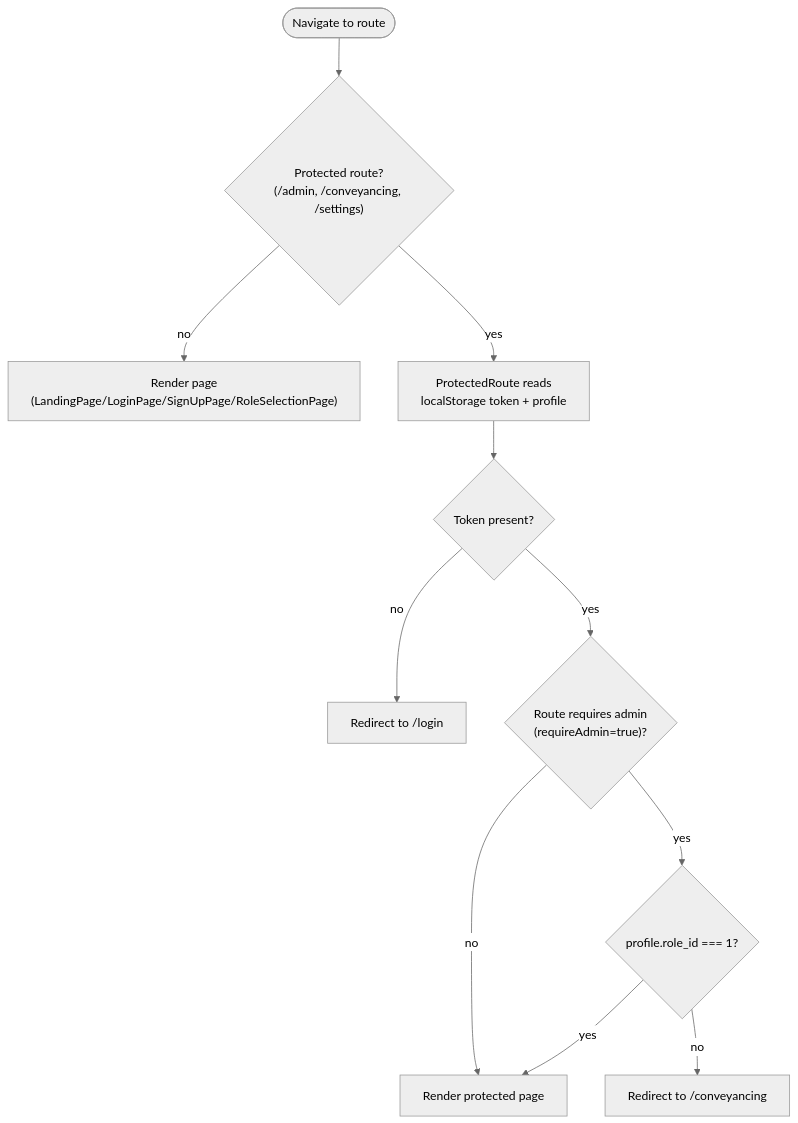
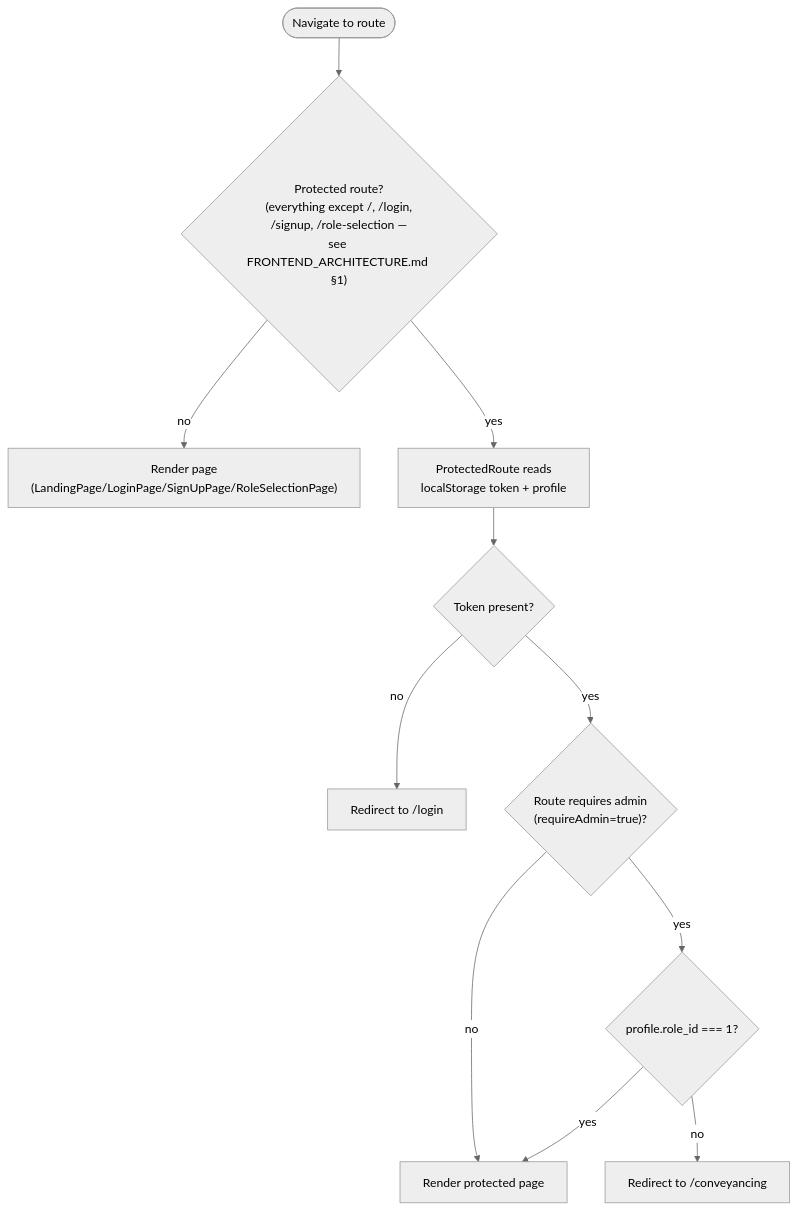
The ninth of 12 diagrams in docs/LLD.md (eyeofshreyas/BE-Project), drawn with Mermaid (neutral theme) before and after one commit. The commit also changed other lines of this file and 3 other files, not shown here.

First line of the commit message:
docs: bring HLD/LLD/architecture docs up to date with messaging, Razorpay, case AI summary

````diff
--- a/docs/LLD.md
+++ b/docs/LLD.md
@@ -281,13 +332,13 @@
 ```mermaid
 flowchart TD
-    start(["Navigate to route"]) --> guarded{"Protected route?\n(/admin, /conveyancing, /settings)"}
+    start(["Navigate to route"]) --> guarded{"Protected route?\n(everything except /, /login,\n/signup, /role-selection —\nsee FRONTEND_ARCHITECTURE.md §1)"}
     guarded -->|no| render["Render page\n(LandingPage/LoginPage/SignUpPage/RoleSelectionPage)"]
     guarded -->|yes| readls["ProtectedRoute reads\nlocalStorage token + profile"]
     readls --> hastoken{"Token present?"}
     hastoken -->|no| loginredirect["Redirect to /login"]
     hastoken -->|yes| isadmin{"Route requires admin\n(requireAdmin=true)?"}
     isadmin -->|no| render2["Render protected page"]
     isadmin -->|yes| checkrole{"profile.role_id === 1?"}
     checkrole -->|no| convredirect["Redirect to /conveyancing"]
     checkrole -->|yes| render2
 ```
````
